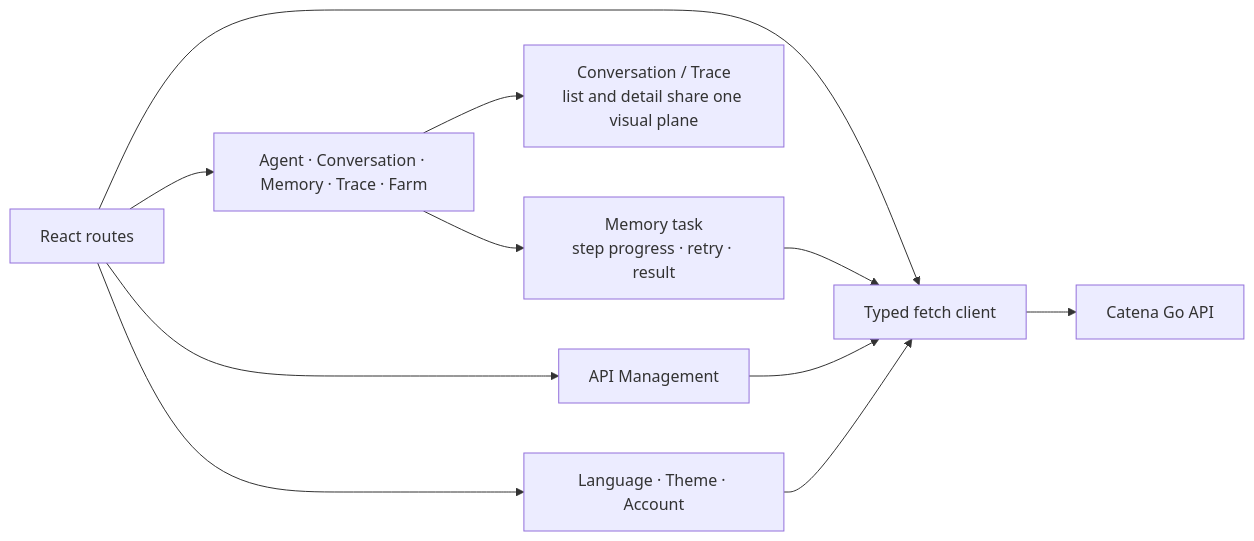
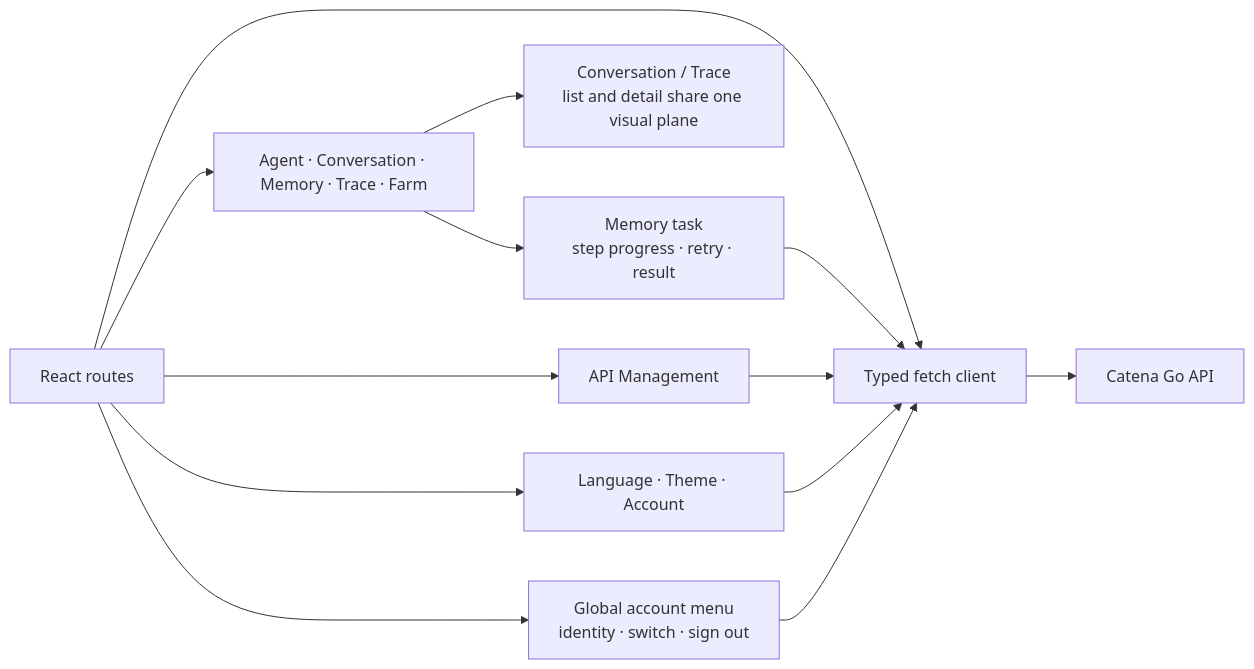
The first of 2 diagrams in catena-web/SPEC.md (fightheyyy/CATENA), drawn with Mermaid before and after one commit. The commit also changed other lines of this file and 4 other files, not shown here.

Commit message:
Add global account switcher

````diff
--- a/catena-web/SPEC.md
+++ b/catena-web/SPEC.md
@@ -12,13 +12,15 @@
 ```mermaid
 flowchart LR
     Routes["React routes"] --> API["Typed fetch client"]
     API --> Go["Catena Go API"]
     Routes --> Views["Agent · Conversation · Memory · Trace · Farm"]
     Views --> Flat["Conversation / Trace<br/>list and detail share one visual plane"]
     Views --> MemoryTask["Memory task<br/>step progress · retry · result"]
     MemoryTask --> API
     Routes --> Keys["API Management"]
     Keys --> API
     Routes --> Settings["Language · Theme · Account"]
     Settings --> API
+    Routes --> AccountMenu["Global account menu<br/>identity · switch · sign out"]
+    AccountMenu --> API
 ```
````
